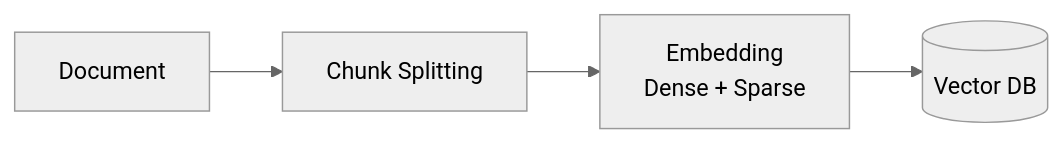
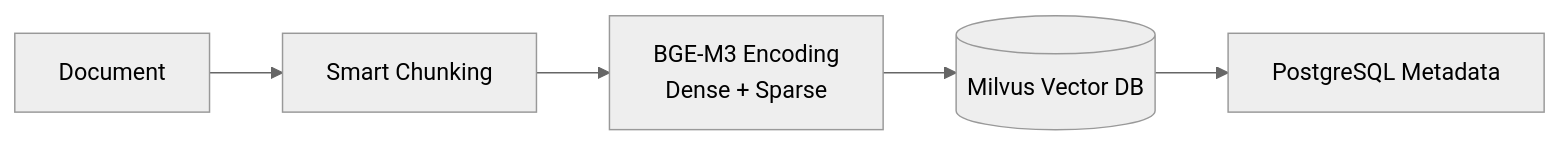
The first of 2 diagrams in README.md (lg114/RagMate), drawn with Mermaid (neutral theme) before and after one commit. The commit also changed other lines of this file and 1 other file, not shown here.

````diff
--- a/README.md
+++ b/README.md
@@ -34,6 +161,7 @@
 ```mermaid
 flowchart LR
-    A[Document] --> B[Chunk Splitting]
-    B --> C[Embedding\nDense + Sparse]
-    C --> D[(Vector DB)]
+    A[Document] --> B[Smart Chunking]
+    B --> C[BGE-M3 Encoding\nDense + Sparse]
+    C --> D[(Milvus Vector DB)]
+    D --> E[PostgreSQL Metadata]
 ```
````
